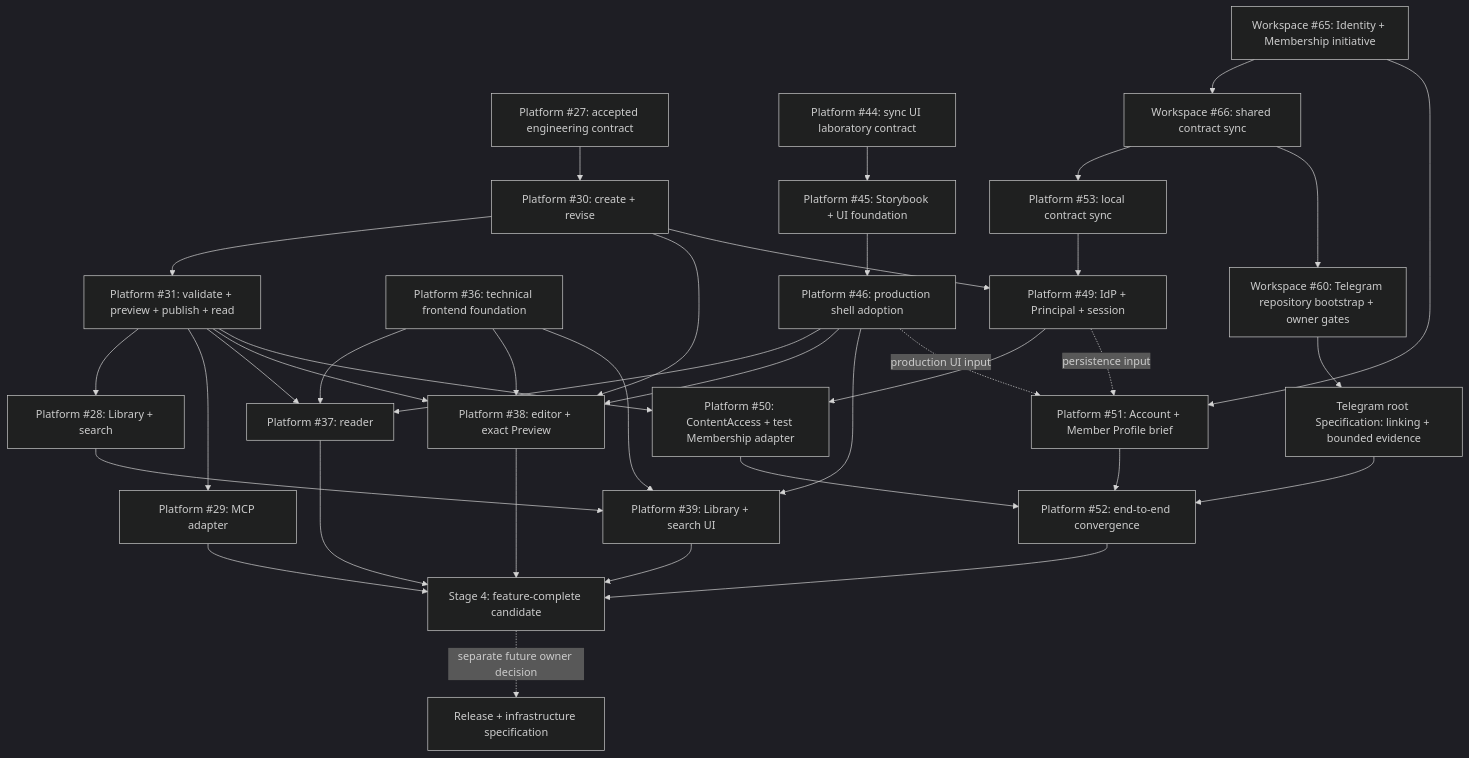
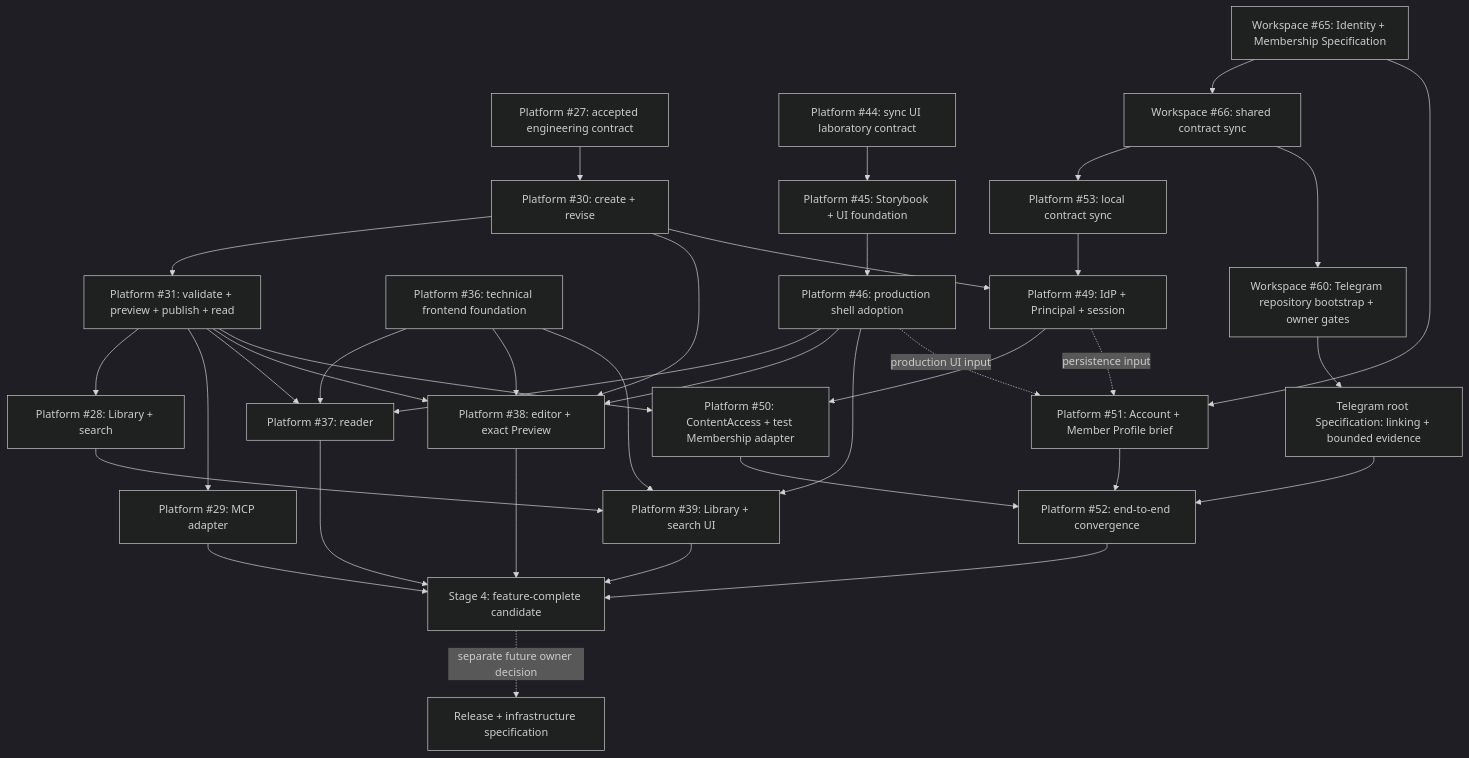
The second of 2 diagrams in docs/specifications/platform-v1.md (sachkov-inside/workspace), drawn with Mermaid (dark theme) before and after one commit. The commit also changed other lines of this file and 9 other files, not shown here.

````diff
--- a/docs/specifications/platform-v1.md
+++ b/docs/specifications/platform-v1.md
@@ -556,46 +556,46 @@
 ```mermaid
 flowchart TD
     E[Platform #27: accepted engineering contract] --> DRAFT[Platform #30: create + revise]
     DRAFT --> LIFE[Platform #31: validate + preview + publish + read]
     LIFE --> LIB[Platform #28: Library + search]
     LIFE --> MCP[Platform #29: MCP adapter]
 
     F[Platform #36: technical frontend foundation] --> READER[Platform #37: reader]
     F --> EDITOR[Platform #38: editor + exact Preview]
     F --> DISCOVERY[Platform #39: Library + search UI]
 
     SYNC[Platform #44: sync UI laboratory contract] --> LAB[Platform #45: Storybook + UI foundation]
     LAB --> SHELL[Platform #46: production shell adoption]
     SHELL --> READER
     SHELL --> EDITOR
     SHELL --> DISCOVERY
 
     LIFE --> READER
     DRAFT --> EDITOR
     LIFE --> EDITOR
     LIB --> DISCOVERY
 
-    S65[Workspace #65: Identity + Membership initiative] --> C66[Workspace #66: shared contract sync]
+    S65[Workspace #65: Identity + Membership Specification] --> C66[Workspace #66: shared contract sync]
     C66 --> P53[Platform #53: local contract sync]
     C66 --> B60[Workspace #60: Telegram repository bootstrap + owner gates]
     DRAFT --> ID49[Platform #49: IdP + Principal + session]
     P53 --> ID49
     ID49 --> ACCESS50[Platform #50: ContentAccess + test Membership adapter]
     LIFE --> ACCESS50
 
     S65 --> PROFILE51[Platform #51: Account + Member Profile brief]
     ID49 -. persistence input .-> PROFILE51
     SHELL -. production UI input .-> PROFILE51
 
     B60 --> TG[Telegram root Specification: linking + bounded evidence]
     ACCESS50 --> JOIN52[Platform #52: end-to-end convergence]
     PROFILE51 --> JOIN52
     TG --> JOIN52
 
     READER --> S4[Stage 4: feature-complete candidate]
     EDITOR --> S4
     DISCOVERY --> S4
     MCP --> S4
     JOIN52 --> S4
     S4 -. separate future owner decision .-> R[Release + infrastructure specification]
 ```
````
